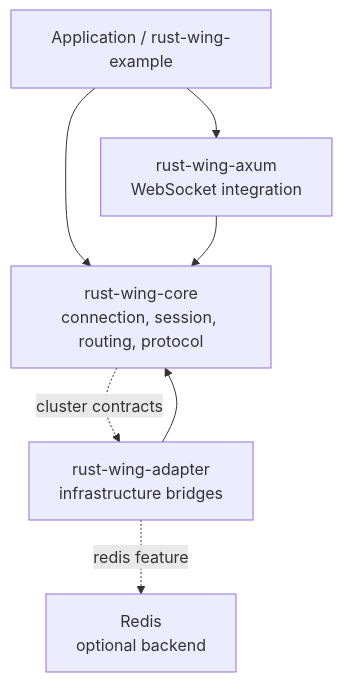
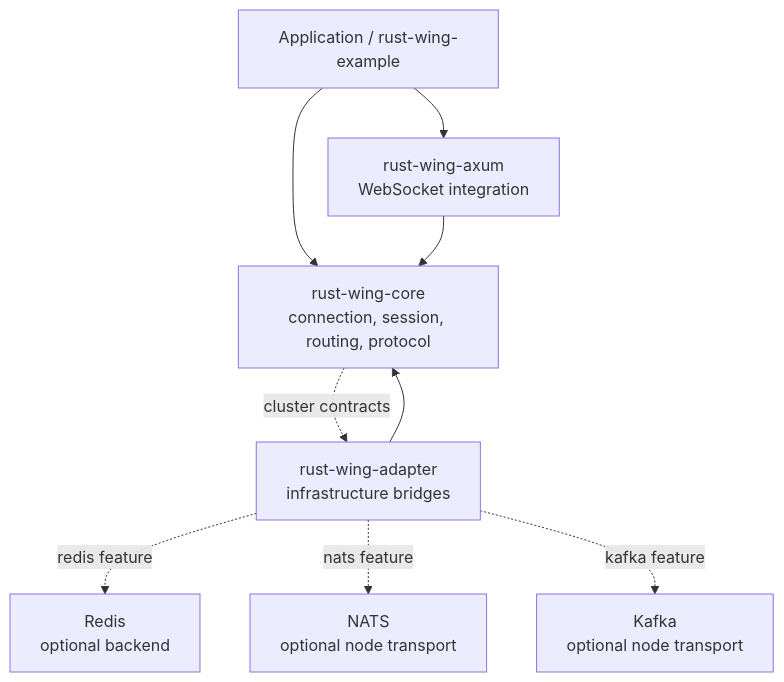
The first of 9 diagrams in docs/source-architecture.md (Zany2/rust-wing), drawn with Mermaid before and after one commit. The commit also changed other lines of this file and 34 other files, not shown here.

````diff
--- a/docs/source-architecture.md
+++ b/docs/source-architecture.md
@@ -7,15 +7,19 @@
 ```mermaid
 flowchart TB
     App["Application / rust-wing-example"]
     Axum["rust-wing-axum<br/>WebSocket integration"]
     Core["rust-wing-core<br/>connection, session, routing, protocol"]
     Adapter["rust-wing-adapter<br/>infrastructure bridges"]
     Redis["Redis<br/>optional backend"]
+    Nats["NATS<br/>optional node transport"]
+    Kafka["Kafka<br/>optional node transport"]
 
     App --> Axum
     App --> Core
     Axum --> Core
     Adapter --> Core
     Adapter -. redis feature .-> Redis
+    Adapter -. nats feature .-> Nats
+    Adapter -. kafka feature .-> Kafka
     Core -. cluster contracts .-> Adapter
 ```
````
